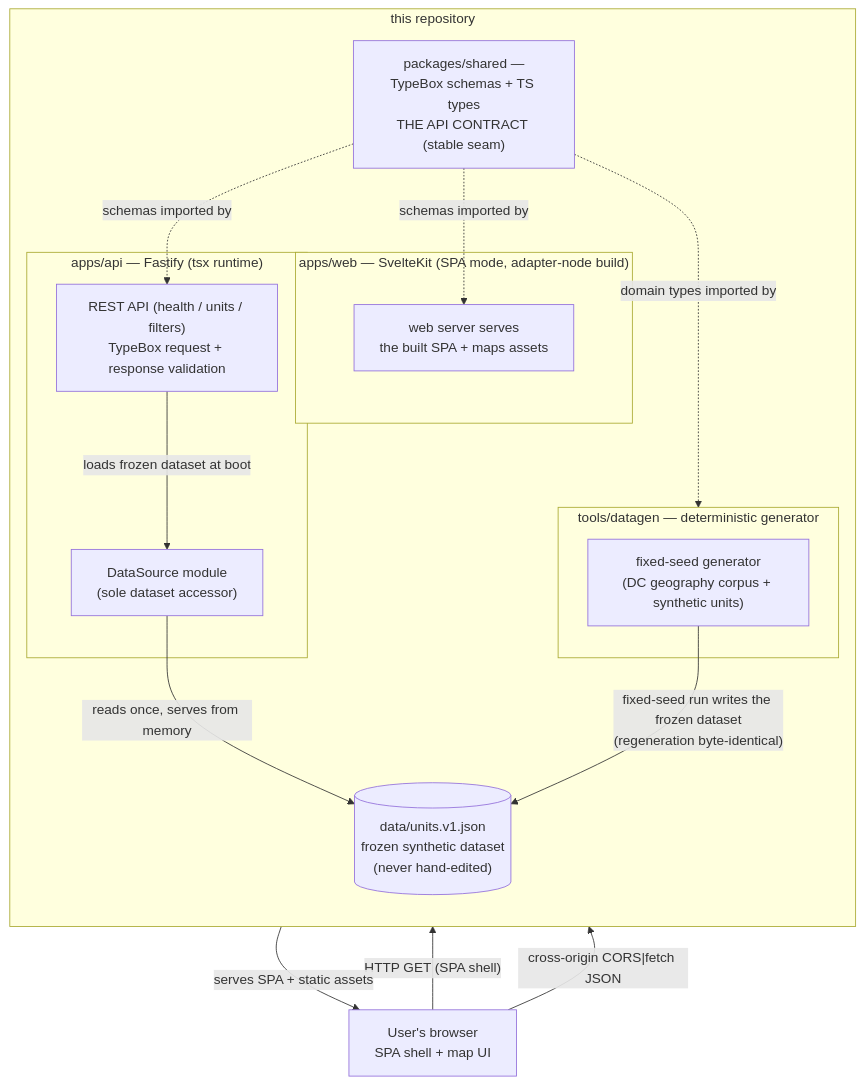
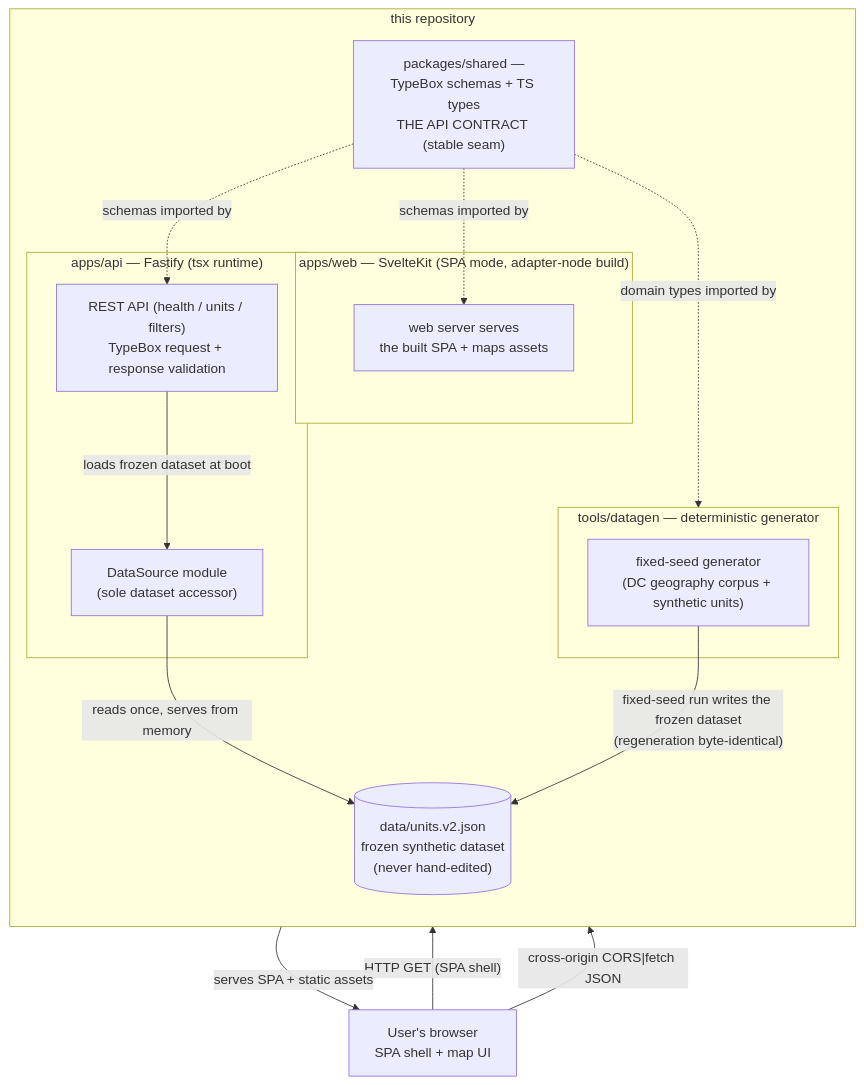
One commit to civictechdc/dc-reentry-unlocked changed the diagram in docs/architecture.md. Above: the diagram before and after it, drawn with Mermaid. The commit also changed other lines of this file and 9 other files, not shown here.

````diff
--- a/docs/architecture.md
+++ b/docs/architecture.md
@@ -17,30 +17,30 @@
 ```mermaid
 flowchart TB
     user["User's browser<br/>SPA shell + map UI"]
 
     subgraph repo["this repository"]
         direction TB
         subgraph webapp["apps/web — SvelteKit (SPA mode, adapter-node build)"]
             web["web server serves<br/>the built SPA + maps assets"]
         end
         subgraph server["apps/api — Fastify (tsx runtime)"]
             api["REST API (health / units / filters)<br/>TypeBox request + response validation"]
             ds["DataSource module<br/>(sole dataset accessor)"]
         end
         subgraph generator["tools/datagen — deterministic generator"]
             datagen["fixed-seed generator<br/>(DC geography corpus + synthetic units)"]
         end
         contract["packages/shared —<br/>TypeBox schemas + TS types<br/>THE API CONTRACT (stable seam)"]
-        data[("data/units.v1.json<br/>frozen synthetic dataset<br/>(never hand-edited)")]
+        data[("data/units.v2.json<br/>frozen synthetic dataset<br/>(never hand-edited)")]
     end
 
     user -- "HTTP GET (SPA shell)" --> web
     web -- "serves SPA + static assets" --> user
     user -- "cross-origin CORS|fetch JSON" --> api
     api -- "loads frozen dataset at boot" --> ds
     ds -- "reads once, serves from memory" --> data
     datagen -- "fixed-seed run writes the frozen dataset<br/>(regeneration byte-identical)" --> data
     contract -. "schemas imported by" .-> api
     contract -. "schemas imported by" .-> web
     contract -. "domain types imported by" .-> generator
 ```
````
